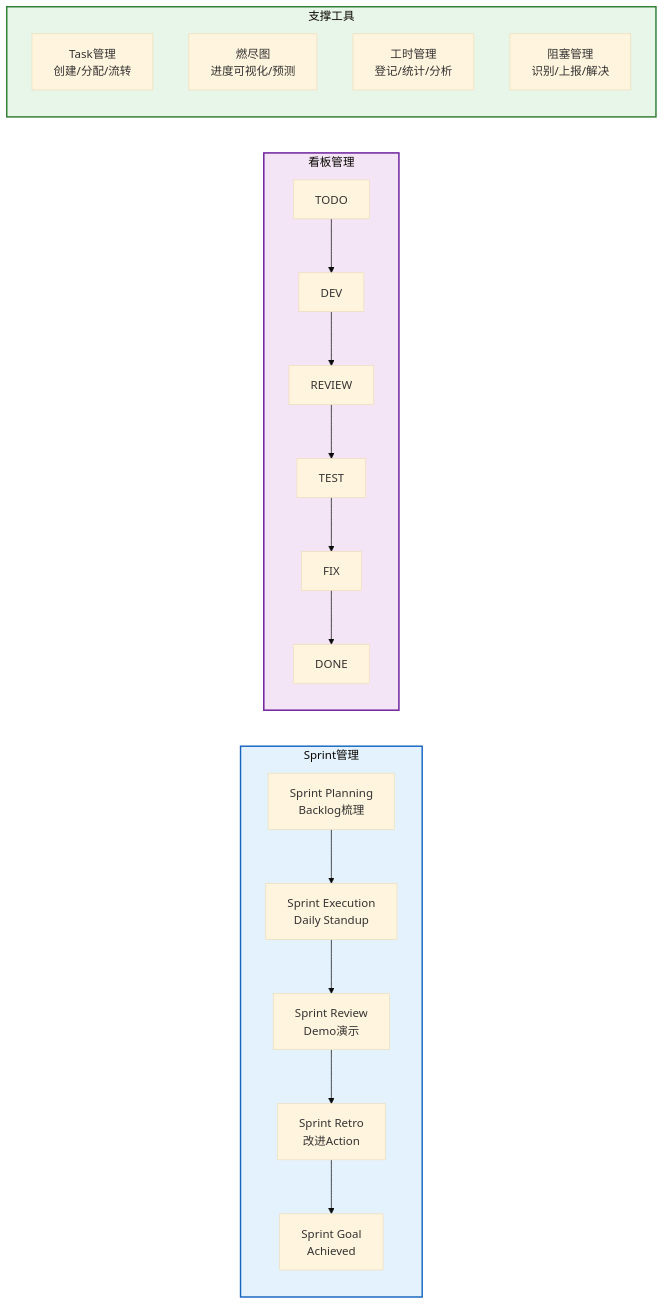
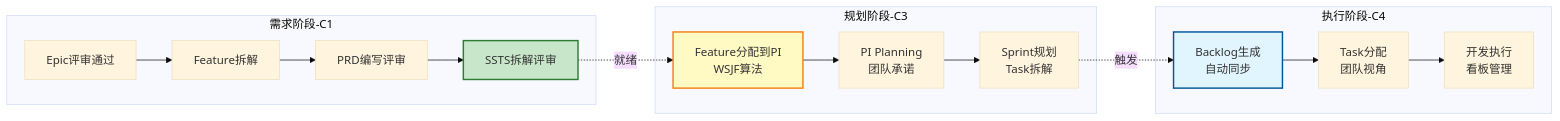
Before and after one commit to zjx-immersion/auto-rd-platform-prototype: diagram 23 of 30 in platform-design/AUTO_RD_PLATFORM_DESIGN_MERMAID.md, drawn with Mermaid (base theme). The commit also changed other lines of this file, not shown here.

````diff
--- a/platform-design/AUTO_RD_PLATFORM_DESIGN_MERMAID.md
+++ b/platform-design/AUTO_RD_PLATFORM_DESIGN_MERMAID.md
@@ -974,28 +922,34 @@
 ```mermaid
 graph LR
-    subgraph Sprint["Sprint管理"]
-        SP1[Sprint Planning<br/>Backlog梳理] --> SP2[Sprint Execution<br/>Daily Standup]
-        SP2 --> SP3[Sprint Review<br/>Demo演示]
-        SP3 --> SP4[Sprint Retro<br/>改进Action]
-        SP4 --> SP5[Sprint Goal<br/>Achieved]
+    subgraph 需求阶段-C1
+        A1[Epic评审通过]
+        A2[Feature拆解]
+        A3[PRD编写评审]
+        A4[SSTS拆解评审]
+        
+        A1 --> A2 --> A3 --> A4
     end
-
-    subgraph Kanban["看板管理"]
-        TODO[TODO] --> DEV[DEV]
-        DEV --> REVIEW[REVIEW]
-        REVIEW --> TEST[TEST]
-        TEST --> FIX[FIX]
-        FIX --> DONE[DONE]
+    
+    subgraph 规划阶段-C3
+        B1[Feature分配到PI<br/>WSJF算法]
+        B2[PI Planning<br/>团队承诺]
+        B3[Sprint规划<br/>Task拆解]
+        
+        B1 --> B2 --> B3
     end
-
-    subgraph Tools["支撑工具"]
-        Task[Task管理<br/>创建/分配/流转]
-        Burndown[燃尽图<br/>进度可视化/预测]
-        Time[工时管理<br/>登记/统计/分析]
-        Block[阻塞管理<br/>识别/上报/解决]
+    
+    subgraph 执行阶段-C4
+        C1[Backlog生成<br/>自动同步]
+        C2[Task分配<br/>团队视角]
+        C3[开发执行<br/>看板管理]
+        
+        C1 --> C2 --> C3
     end
-
-    style Sprint fill:#e3f2fd,stroke:#1565c0,stroke-width:2px
-    style Kanban fill:#f3e5f5,stroke:#6a1b9a,stroke-width:2px
-    style Tools fill:#e8f5e9,stroke:#2e7d32,stroke-width:2px
+    
+    A4 -.就绪.-> B1
+    B3 -.触发.-> C1
+    
+    style A4 fill:#c8e6c9,stroke:#2e7d32,stroke-width:2px
+    style B1 fill:#fff9c4,stroke:#f57f17,stroke-width:2px
+    style C1 fill:#e1f5fe,stroke:#01579b,stroke-width:2px
 ```
````
